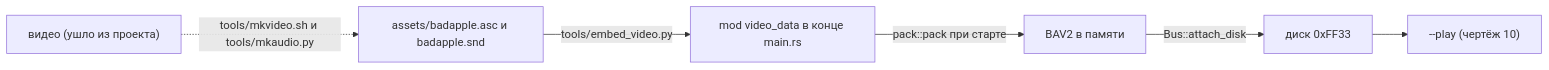
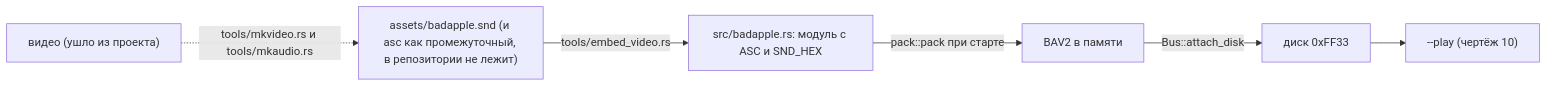
One commit to loki5512344ss/SummumOS changed diagram 19 of 20 in чертежи.md. Above: the diagram before and after it, drawn with Mermaid. The commit also changed other lines of this file and 5 other files, not shown here.

````diff
--- a/чертежи.md
+++ b/чертежи.md
@@ -447,8 +459,8 @@
 ```mermaid
 graph LR
-    mp4["видео (ушло из проекта)"] -.->|"tools/mkvideo.sh и tools/mkaudio.py"| assets["assets/badapple.asc и badapple.snd"]
-    assets -->|"tools/embed_video.py"| mod["mod video_data в конце main.rs"]
+    mp4["видео (ушло из проекта)"] -.->|"tools/mkvideo.rs и tools/mkaudio.rs"| assets["assets/badapple.snd (и asc как промежуточный, в репозитории не лежит)"]
+    assets -->|"tools/embed_video.rs"| mod["src/badapple.rs: модуль с ASC и SND_HEX"]
     mod -->|"pack::pack при старте"| bav["BAV2 в памяти"]
     bav -->|"Bus::attach_disk"| disk["диск 0xFF33"]
     disk --> play["--play (чертёж 10)"]
 ```
````
